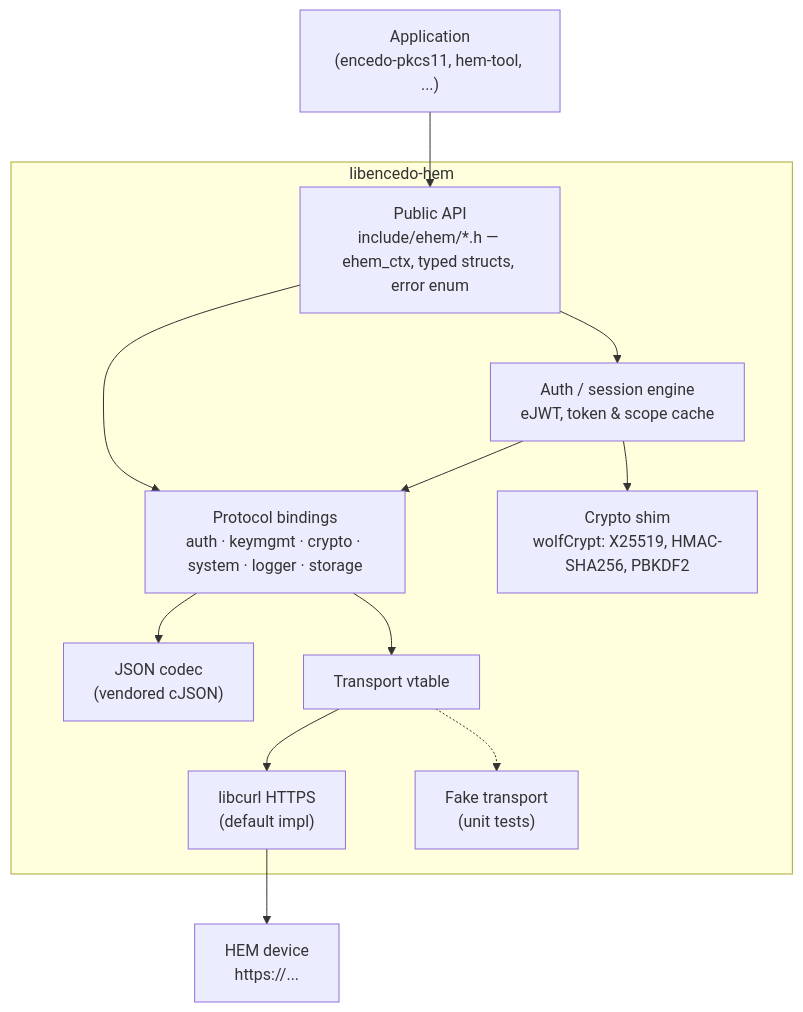
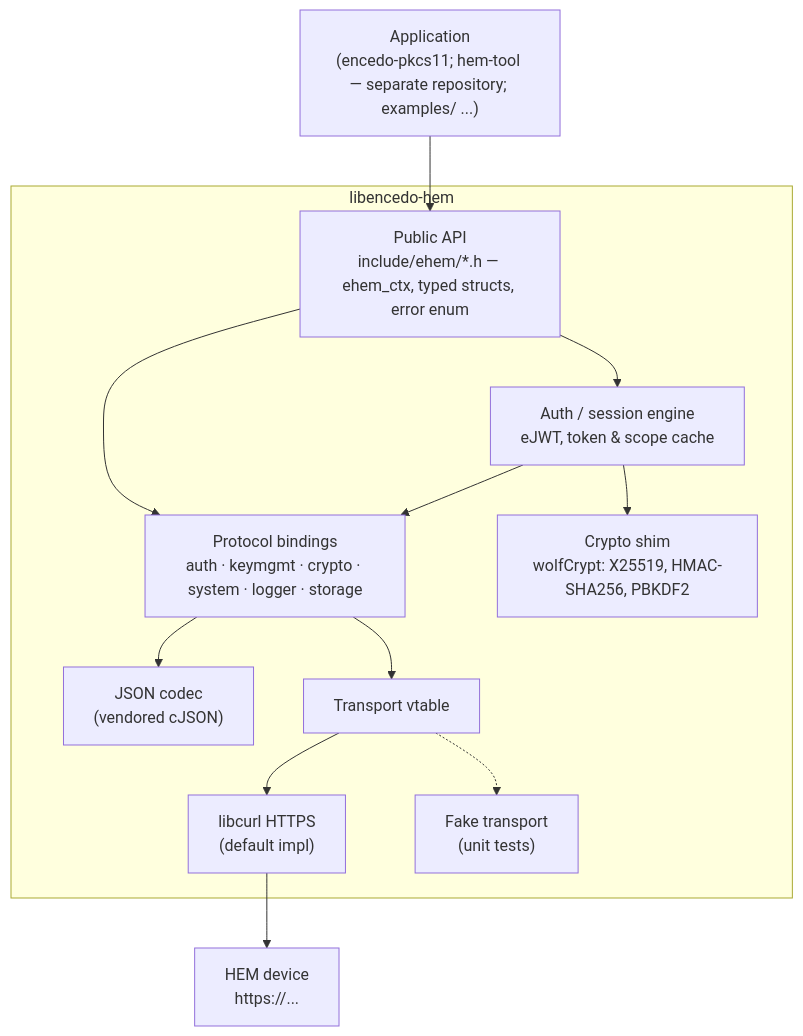
Before and after one commit to KajtomatO/encedo-hem-c-api: the first of 2 diagrams in ARCHITECTURE.md, drawn with Mermaid. The commit also changed other lines of this file and 10 other files, not shown here.

````diff
--- a/ARCHITECTURE.md
+++ b/ARCHITECTURE.md
@@ -208,16 +214,16 @@
 ```mermaid
 graph TD
-    APP["Application<br/>(encedo-pkcs11, hem-tool, ...)"] --> API
+    APP["Application<br/>(encedo-pkcs11; hem-tool — separate repository; examples/ ...)"] --> API
     subgraph libencedo-hem
         API["Public API<br/>include/ehem/*.h — ehem_ctx, typed structs, error enum"]
         API --> SES["Auth / session engine<br/>eJWT, token & scope cache"]
         API --> PROTO["Protocol bindings<br/>auth · keymgmt · crypto · system · logger · storage"]
         SES --> PROTO
         PROTO --> JSON["JSON codec<br/>(vendored cJSON)"]
         SES --> CRY["Crypto shim<br/>wolfCrypt: X25519, HMAC-SHA256, PBKDF2"]
         PROTO --> T["Transport vtable"]
         T --> CURL["libcurl HTTPS<br/>(default impl)"]
         T -.-> FAKE["Fake transport<br/>(unit tests)"]
     end
     CURL --> HEM["HEM device<br/>https://..."]
 ```
````
